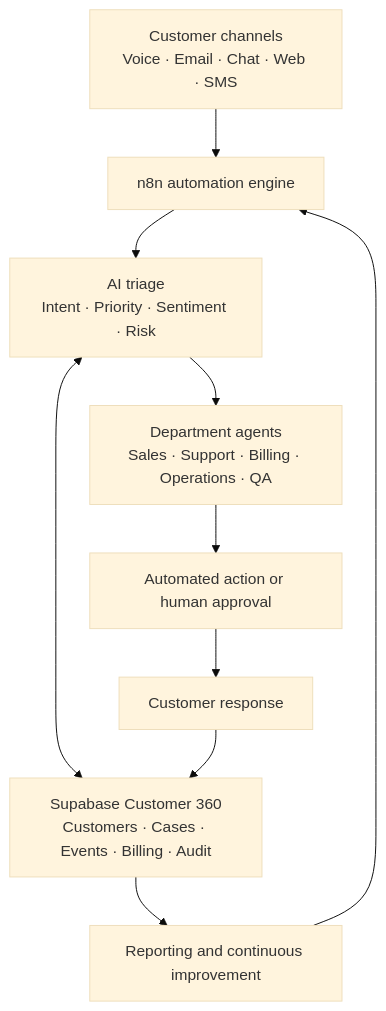
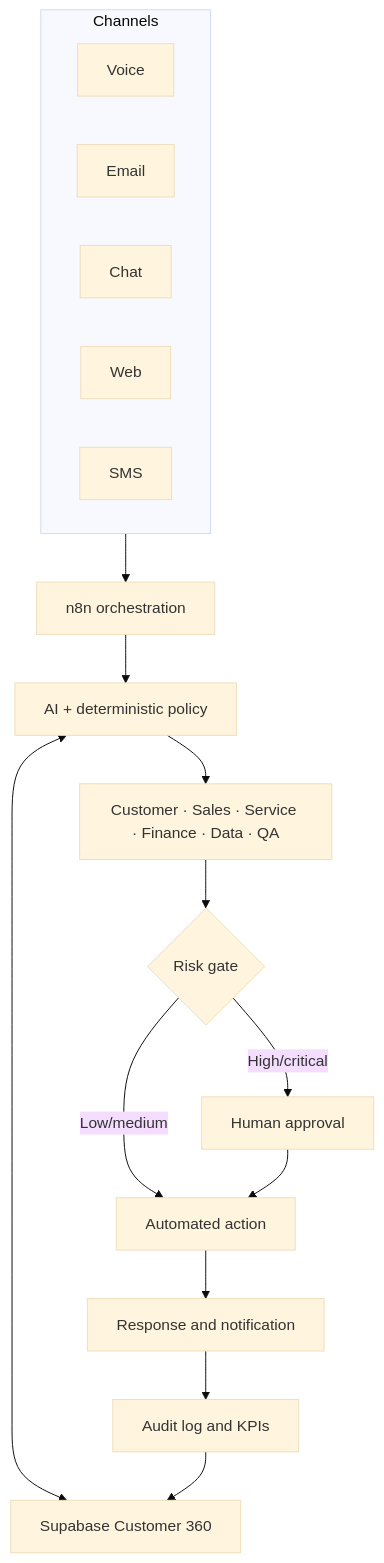
One commit to alejandrolim07-droid/omniserve-ai changed the diagram in docs/architecture.md. Above: the diagram before and after it, drawn with Mermaid (base theme). The commit also changed other lines of this file and 104 other files, not shown here.

````diff
--- a/docs/architecture.md
+++ b/docs/architecture.md
@@ -3,21 +5,21 @@
 ```mermaid
 flowchart TD
-    Channels["Customer channels<br/>Voice · Email · Chat · Web · SMS"]
-    N8N["n8n automation engine"]
-    AI["AI triage<br/>Intent · Priority · Sentiment · Risk"]
-    DB["Supabase Customer 360<br/>Customers · Cases · Events · Billing · Audit"]
-    Agents["Department agents<br/>Sales · Support · Billing · Operations · QA"]
-    Gate["Automated action or human approval"]
-    Response["Customer response"]
-    Learn["Reporting and continuous improvement"]
-
-    Channels --> N8N
-    N8N --> AI
-    AI <--> DB
-    AI --> Agents
-    Agents --> Gate
-    Gate --> Response
-    Response --> DB
-    DB --> Learn
-    Learn --> N8N
+  subgraph Channels
+    Voice
+    Email
+    Chat
+    Web
+    SMS
+  end
+  Channels --> N8N["n8n orchestration"]
+  N8N --> Understand["AI + deterministic policy"]
+  Understand <--> DB["Supabase Customer 360"]
+  Understand --> Departments["Customer · Sales · Service · Finance · Data · QA"]
+  Departments --> Risk{"Risk gate"}
+  Risk -->|Low/medium| Execute["Automated action"]
+  Risk -->|High/critical| Human["Human approval"]
+  Human --> Execute
+  Execute --> Reply["Response and notification"]
+  Reply --> Audit["Audit log and KPIs"]
+  Audit --> DB
 ```
````
